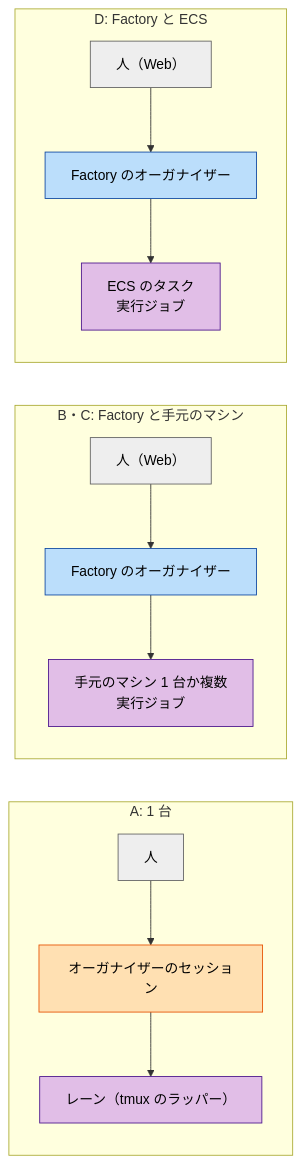
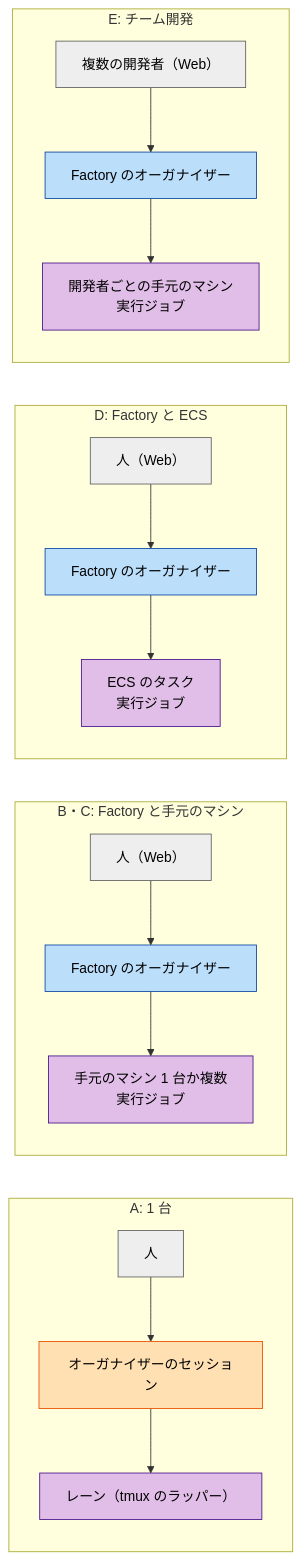
Before and after one commit to devbasex/ai-plugins: the fourth of 4 diagrams in docs/ndf-parallel-model.md, drawn with Mermaid. The commit also changed other lines of this file, not shown here.

````diff
--- a/docs/ndf-parallel-model.md
+++ b/docs/ndf-parallel-model.md
@@ -167,20 +167,23 @@
 ```mermaid
 flowchart LR
     subgraph A["A: 1 台"]
         A1["人"] --> A2["オーガナイザーのセッション"] --> A3["レーン（tmux のラッパー）"]
     end
     subgraph B["B・C: Factory と手元のマシン"]
         B1["人（Web）"] --> B2["Factory のオーガナイザー"] --> B3["手元のマシン 1 台か複数<br/>実行ジョブ"]
     end
     subgraph D["D: Factory と ECS"]
         D1["人（Web）"] --> D2["Factory のオーガナイザー"] --> D3["ECS のタスク<br/>実行ジョブ"]
     end
+    subgraph E["E: チーム開発"]
+        E1["複数の開発者（Web）"] --> E2["Factory のオーガナイザー"] --> E3["開発者ごとの手元のマシン<br/>実行ジョブ"]
+    end
     classDef ai fill:#ffe0b2,stroke:#e65100,color:#000
     classDef script fill:#bbdefb,stroke:#0d47a1,color:#000
     classDef mixed fill:#e1bee7,stroke:#4a148c,color:#000
     classDef other fill:#eeeeee,stroke:#616161,color:#000
     class A2 ai
-    class B2,D2 script
-    class A3,B3,D3 mixed
-    class A1,B1,D1 other
+    class B2,D2,E2 script
+    class A3,B3,D3,E3 mixed
+    class A1,B1,D1,E1 other
 ```
````
